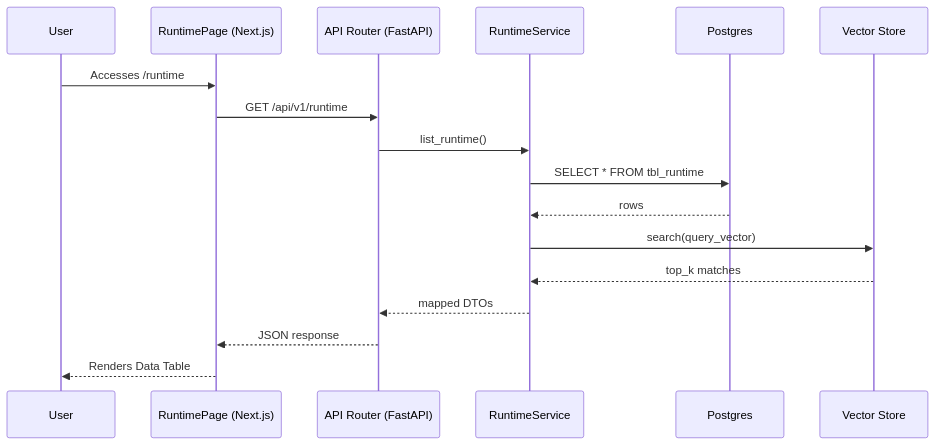
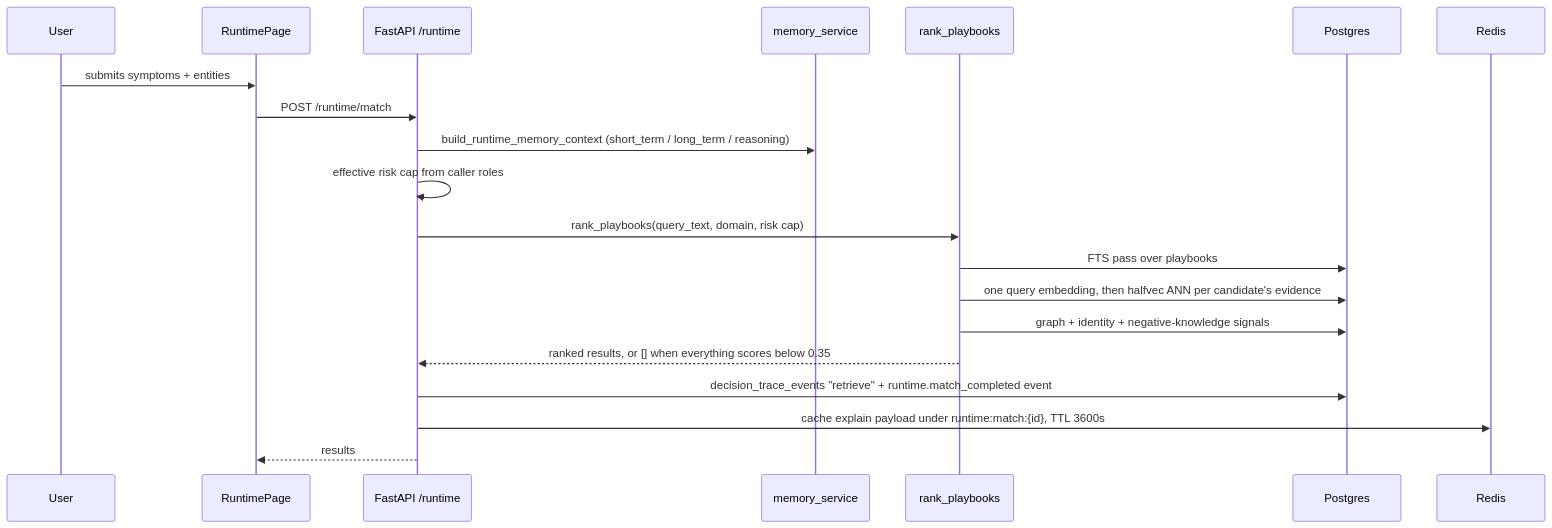
Diagram 11 of 26 in docs/11_UI_Tabs_Explanation.md (Valuedx/ContextEdge), drawn with Mermaid before and after one commit. The commit also changed other lines of this file and 48 other files, not shown here.

````diff
--- a/docs/11_UI_Tabs_Explanation.md
+++ b/docs/11_UI_Tabs_Explanation.md
@@ -925,20 +1114,23 @@
 ```mermaid
 sequenceDiagram
     participant User
-    participant Frontend as RuntimePage (Next.js)
-    participant API as API Router (FastAPI)
-    participant Service as RuntimeService
+    participant Page as RuntimePage
+    participant API as FastAPI /runtime
+    participant Mem as memory_service
+    participant Rank as rank_playbooks
     participant DB as Postgres
-    participant Vector as Vector Store
-    
-    User->>Frontend: Accesses /runtime
-    Frontend->>API: GET /api/v1/runtime
-    API->>Service: list_runtime()
-    Service->>DB: SELECT * FROM tbl_runtime
-    DB-->>Service: rows
-    Service->>Vector: search(query_vector)
-    Vector-->>Service: top_k matches
-    Service-->>API: mapped DTOs
-    API-->>Frontend: JSON response
-    Frontend-->>User: Renders Data Table
+    participant Redis
+
+    User->>Page: submits symptoms + entities
+    Page->>API: POST /runtime/match
+    API->>Mem: build_runtime_memory_context (short_term / long_term / reasoning)
+    API->>API: effective risk cap from caller roles
+    API->>Rank: rank_playbooks(query_text, domain, risk cap)
+    Rank->>DB: FTS pass over playbooks
+    Rank->>DB: one query embedding, then halfvec ANN per candidate's evidence
+    Rank->>DB: graph + identity + negative-knowledge signals
+    Rank-->>API: ranked results, or [] when everything scores below 0.35
+    API->>DB: decision_trace_events "retrieve" + runtime.match_completed event
+    API->>Redis: cache explain payload under runtime:match:{id}, TTL 3600s
+    API-->>Page: results
 ```
````
